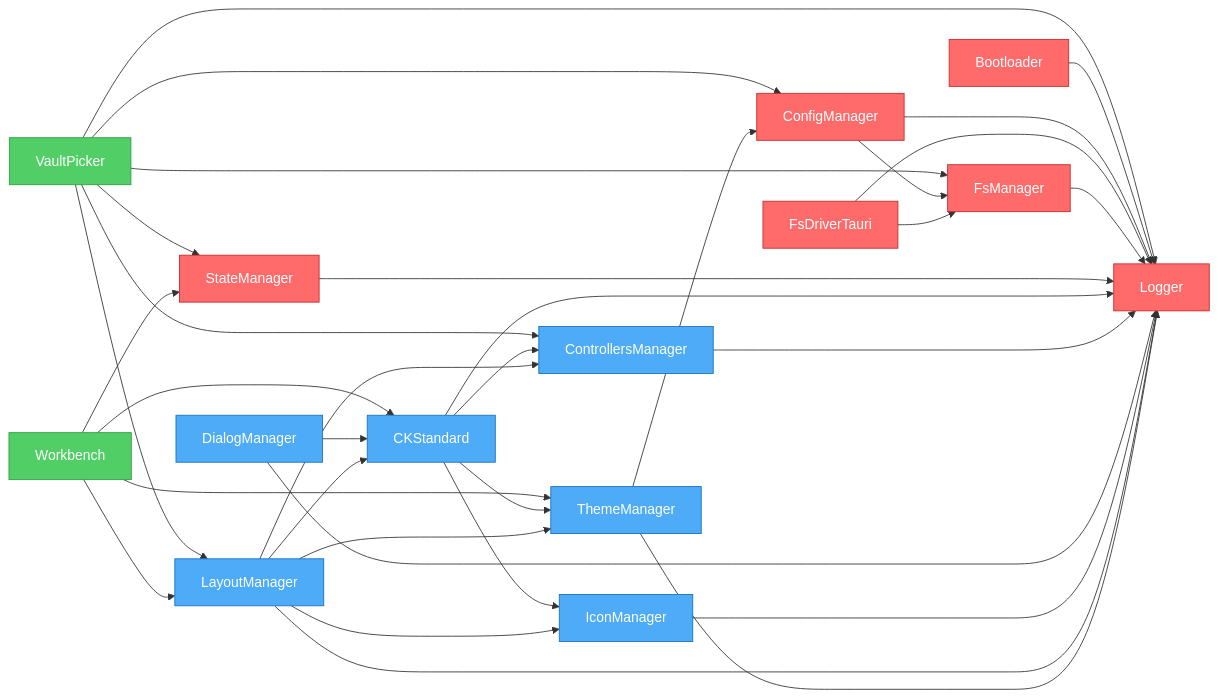
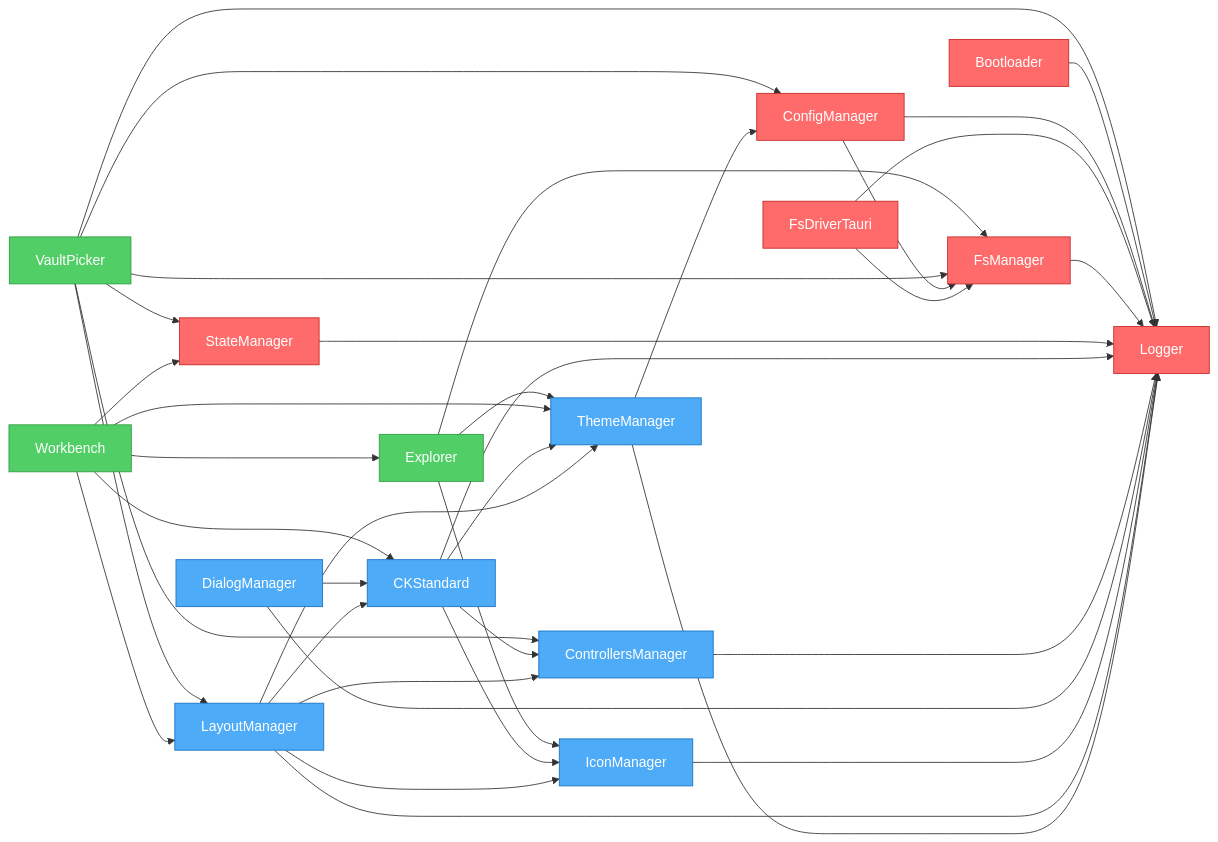
One commit to khton-tech/notehub.md changed the diagram in artifacts/graph.mmd. Above: the diagram before and after it, drawn with Mermaid. The commit also changed 23 other files, not shown here.

Commit message:
feat: implement file explorer with Tauri-based file system management and UI integration

```diff
--- a/artifacts/graph.mmd
+++ b/artifacts/graph.mmd
@@ -1,56 +1,61 @@
 flowchart LR
+    nh_features_explorer["Explorer"]
     nh_features_vault-picker["VaultPicker"]
     nh_features_workbench["Workbench"]
     nh_system_bootloader["Bootloader"]
     nh_system_config-manager["ConfigManager"]
     nh_system_fs-driver-tauri["FsDriverTauri"]
     nh_system_fs-manager["FsManager"]
+    nh_system_state-manager["StateManager"]
     nh_system_logger["Logger"]
-    nh_system_state-manager["StateManager"]
     nh_ui_ck-standard["CKStandard"]
     nh_ui_controllers-manager["ControllersManager"]
     nh_ui_dialog-manager["DialogManager"]
     nh_ui_icon-manager["IconManager"]
     nh_ui_layout-manager["LayoutManager"]
     nh_ui_theme-manager["ThemeManager"]
+    nh_features_explorer --> nh_system_fs-manager
+    nh_features_explorer --> nh_ui_icon-manager
+    nh_features_explorer --> nh_ui_theme-manager
     nh_features_vault-picker --> nh_system_fs-manager
     nh_features_vault-picker --> nh_system_config-manager
     nh_features_vault-picker --> nh_system_state-manager
     nh_features_vault-picker --> nh_system_logger
     nh_features_vault-picker --> nh_ui_controllers-manager
     nh_features_vault-picker --> nh_ui_layout-manager
     nh_features_workbench --> nh_ui_layout-manager
     nh_features_workbench --> nh_ui_theme-manager
     nh_features_workbench --> nh_ui_ck-standard
     nh_features_workbench --> nh_system_state-manager
+    nh_features_workbench --> nh_features_explorer
     nh_system_bootloader --> nh_system_logger
     nh_system_config-manager --> nh_system_logger
     nh_system_config-manager --> nh_system_fs-manager
     nh_system_fs-driver-tauri --> nh_system_logger
     nh_system_fs-driver-tauri --> nh_system_fs-manager
     nh_system_fs-manager --> nh_system_logger
     nh_system_state-manager --> nh_system_logger
     nh_ui_ck-standard --> nh_system_logger
     nh_ui_ck-standard --> nh_ui_controllers-manager
     nh_ui_ck-standard --> nh_ui_icon-manager
     nh_ui_ck-standard --> nh_ui_theme-manager
     nh_ui_controllers-manager --> nh_system_logger
     nh_ui_dialog-manager --> nh_system_logger
     nh_ui_dialog-manager --> nh_ui_ck-standard
     nh_ui_icon-manager --> nh_system_logger
     nh_ui_layout-manager --> nh_system_logger
     nh_ui_layout-manager --> nh_ui_theme-manager
     nh_ui_layout-manager --> nh_ui_icon-manager
     nh_ui_layout-manager --> nh_ui_controllers-manager
     nh_ui_layout-manager --> nh_ui_ck-standard
     nh_ui_theme-manager --> nh_system_logger
     nh_ui_theme-manager --> nh_system_config-manager
 
     %% Styles
     classDef system fill:#ff6b6b,stroke:#c92a2a,color:#fff
     classDef ui fill:#4dabf7,stroke:#1971c2,color:#fff
     classDef feature fill:#51cf66,stroke:#2f9e44,color:#fff
+    class nh_features_explorer,nh_features_workbench feature
     class nh_features_vault-picker feature
-    class nh_features_workbench feature
-    class nh_system_bootloader,nh_system_config-manager,nh_system_fs-driver-tauri,nh_system_fs-manager,nh_system_logger,nh_system_state-manager system
+    class nh_system_bootloader,nh_system_config-manager,nh_system_fs-driver-tauri,nh_system_fs-manager,nh_system_state-manager,nh_system_logger system
     class nh_ui_ck-standard,nh_ui_controllers-manager,nh_ui_dialog-manager,nh_ui_icon-manager,nh_ui_layout-manager,nh_ui_theme-manager ui
```
